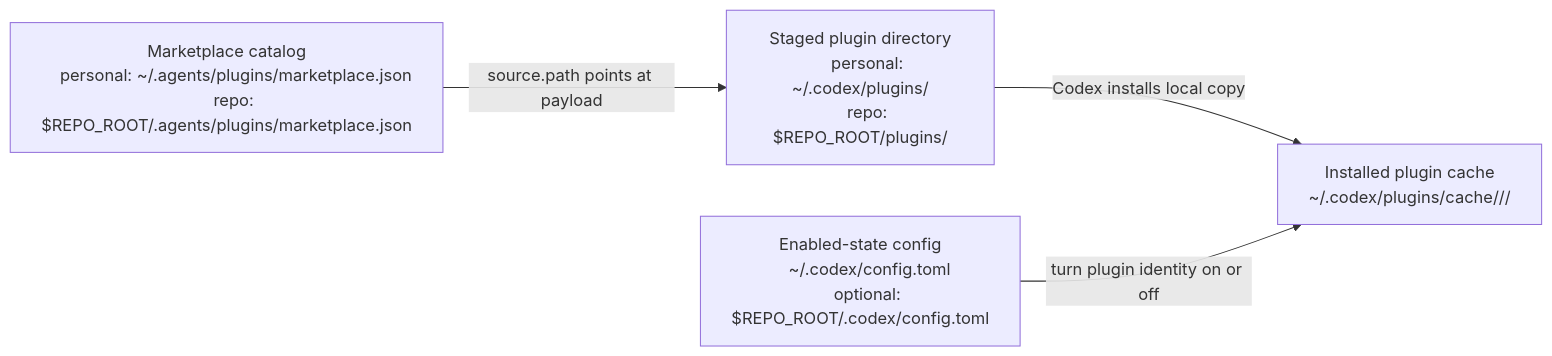
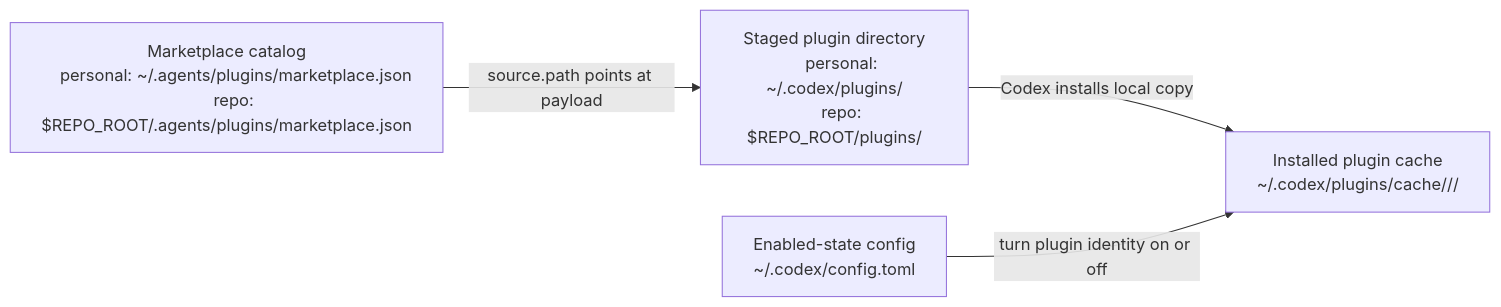
Before and after one commit to gaelic-ghost/socket: the diagram in plugins/agent-plugin-skills/docs/maintainers/codex-plugin-install-surfaces.md, drawn with Mermaid. The commit also changed other lines of this file and 21 other files, not shown here.

````diff
--- a/plugins/agent-plugin-skills/docs/maintainers/codex-plugin-install-surfaces.md
+++ b/plugins/agent-plugin-skills/docs/maintainers/codex-plugin-install-surfaces.md
@@ -30,13 +38,12 @@
 ```mermaid
 flowchart LR
     A["Marketplace catalog
     personal: ~/.agents/plugins/marketplace.json
     repo: $REPO_ROOT/.agents/plugins/marketplace.json"] -->|source.path points at payload| B["Staged plugin directory
     personal: ~/.codex/plugins/<plugin-name>
     repo: $REPO_ROOT/plugins/<plugin-name>"]
     B -->|Codex installs local copy| C["Installed plugin cache
     ~/.codex/plugins/cache/<marketplace>/<plugin>/<version>"]
     D["Enabled-state config
-    ~/.codex/config.toml
-    optional: $REPO_ROOT/.codex/config.toml"] -->|turn plugin identity on or off| C
+    ~/.codex/config.toml"] -->|turn plugin identity on or off| C
 ```
````
